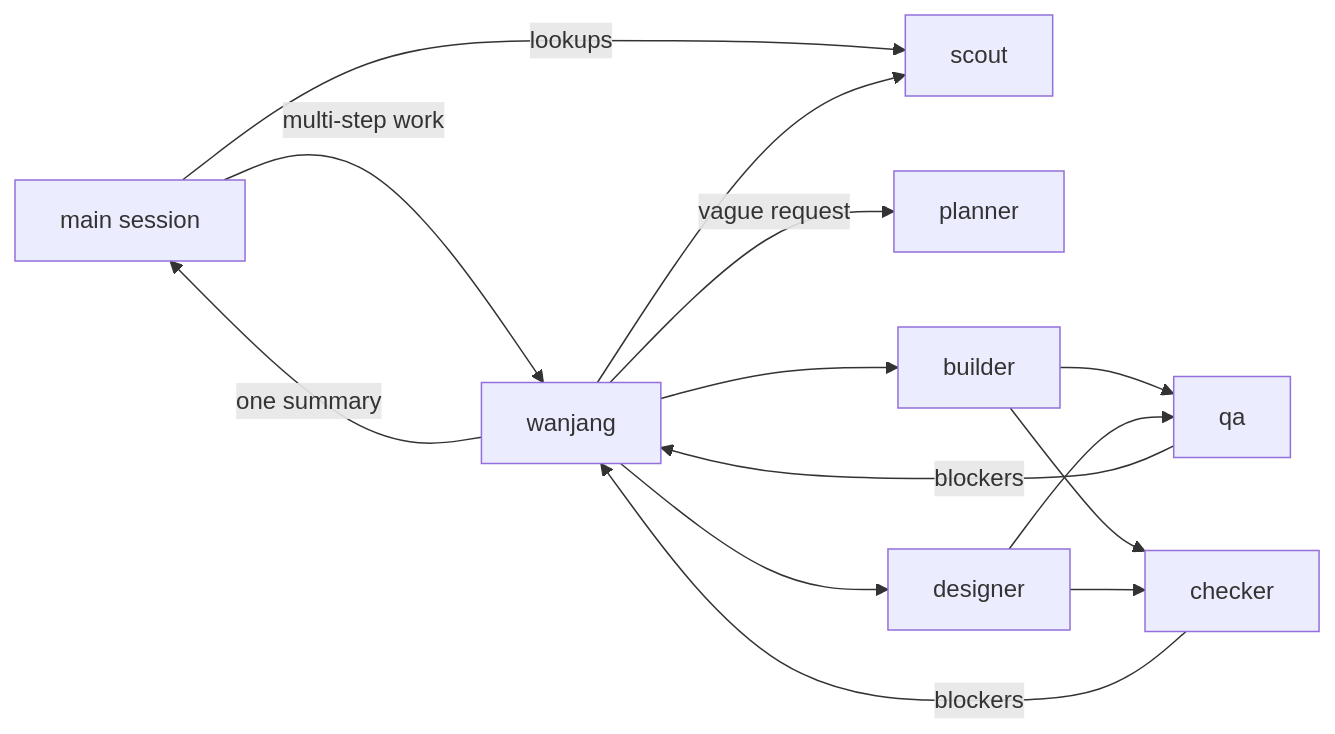
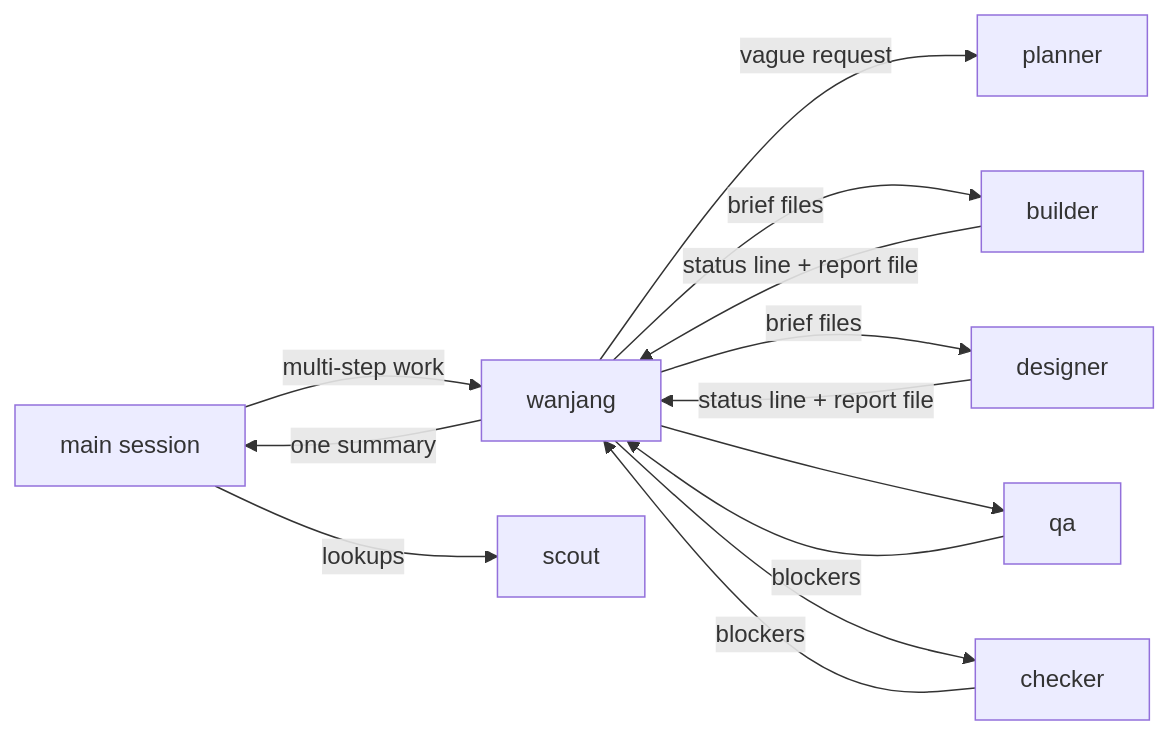
The diagram in README.md (levx-me/wanjang), drawn with Mermaid before and after one commit. The commit also changed other lines of this file and 1 other file, not shown here.

````diff
--- a/README.md
+++ b/README.md
@@ -48,13 +47,13 @@
 ```mermaid
 flowchart LR
-  main[main session] -->|multi-step work| F[wanjang]
+  main[main session] -->|multi-step work| W[wanjang]
   main -->|lookups| S[scout]
-  F -->|vague request| P[planner]
-  F --> S
-  F --> B[builder]
-  F --> D[designer]
-  B & D --> Q[qa]
-  B & D --> C[checker]
-  Q & C -->|blockers| F
-  F -->|one summary| main
+  W -->|vague request| P[planner]
+  W -->|brief files| B[builder]
+  W -->|brief files| D[designer]
+  B & D -->|status line + report file| W
+  W --> Q[qa]
+  W --> C[checker]
+  Q & C -->|blockers| W
+  W -->|one summary| main
 ```
````
